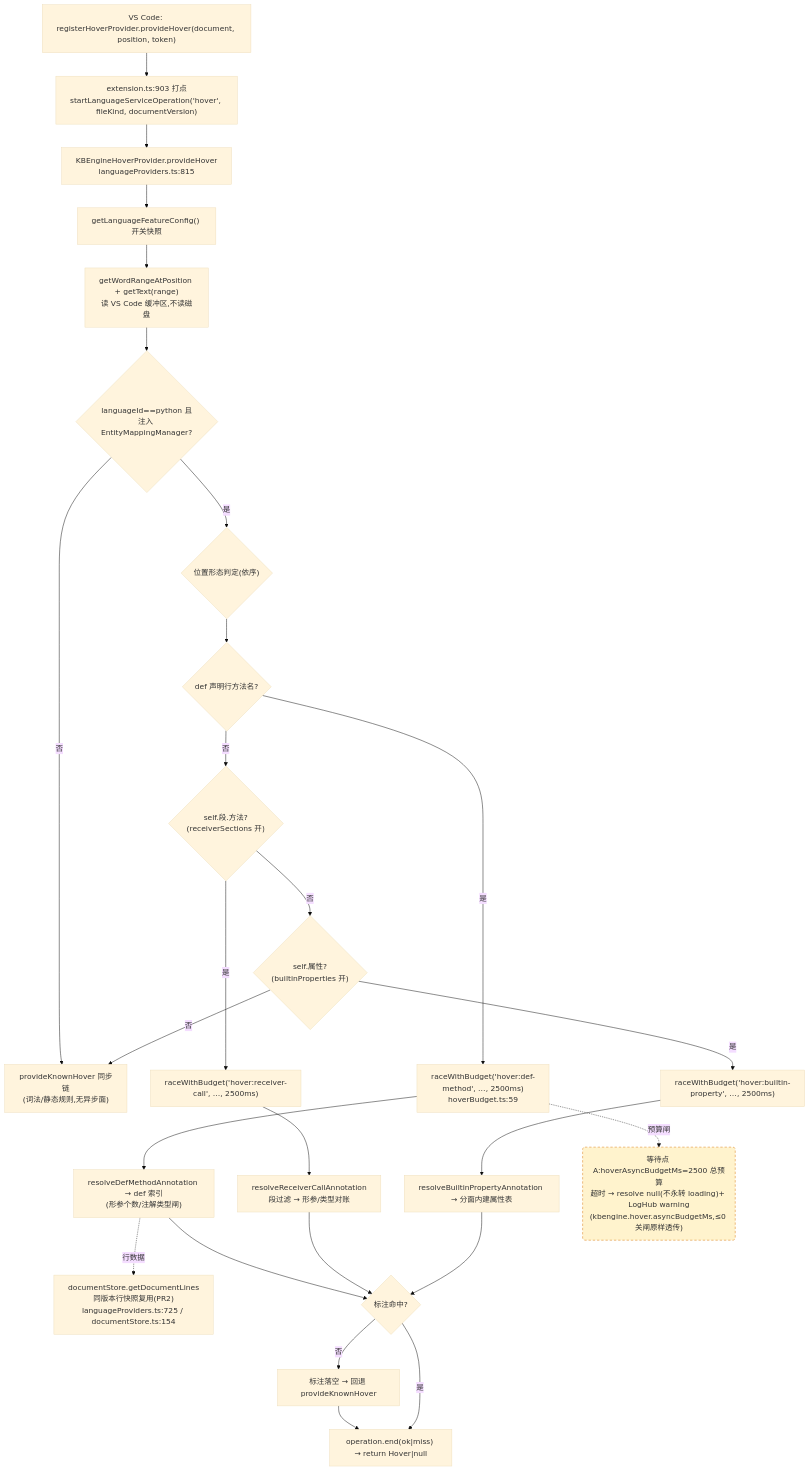
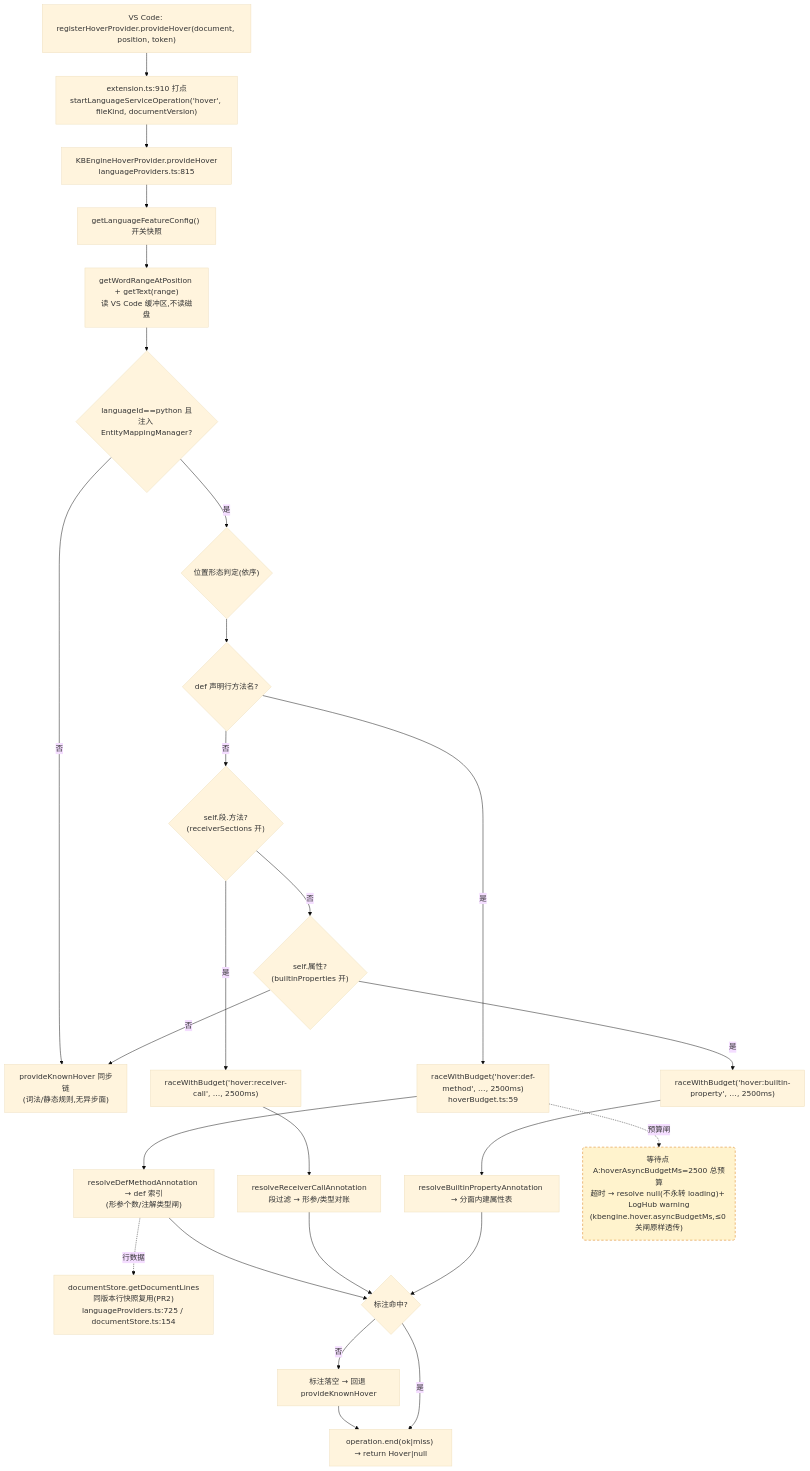
Before and after one commit to cuihairu/kode: the first of 4 diagrams in docs/perf/2026-baseline.md, drawn with Mermaid (base theme). The commit also changed other lines of this file and 7 other files, not shown here.

Commit message:
perf: cache flow analysis parse by document version

````diff
--- a/docs/perf/2026-baseline.md
+++ b/docs/perf/2026-baseline.md
@@ -82,45 +82,45 @@
 ```mermaid
 flowchart TD
   VC1["VS Code: registerHoverProvider.provideHover(document, position, token)"]
-  M1["extension.ts:903 打点<br/>startLanguageServiceOperation('hover', fileKind, documentVersion)"]
+  M1["extension.ts:910 打点<br/>startLanguageServiceOperation('hover', fileKind, documentVersion)"]
   HP["KBEngineHoverProvider.provideHover<br/>languageProviders.ts:815"]
   CFG["getLanguageFeatureConfig() 开关快照"]
   WORD["getWordRangeAtPosition + getText(range)<br/>读 VS Code 缓冲区,不读磁盘"]
   BR{"languageId==python 且<br/>注入 EntityMappingManager?"}
   KN["provideKnownHover 同步链<br/>(词法/静态规则,无异步面)"]
   POS{"位置形态判定(依序)"}
   D1{"def 声明行方法名?"}
   D2{"self.段.方法?<br/>(receiverSections 开)"}
   D3{"self.属性?<br/>(builtinProperties 开)"}
   RA1["raceWithBudget('hover:def-method', …, 2500ms)<br/>hoverBudget.ts:59"]
   RA2["raceWithBudget('hover:receiver-call', …, 2500ms)"]
   RA3["raceWithBudget('hover:builtin-property', …, 2500ms)"]
   RS1["resolveDefMethodAnnotation → def 索引<br/>(形参个数/注解类型闸)"]
   RS2["resolveReceiverCallAnnotation<br/>段过滤 → 形参/类型对账"]
   RS3["resolveBuiltinPropertyAnnotation → 分面内建属性表"]
   LINES["documentStore.getDocumentLines<br/>同版本行快照复用(PR2)<br/>languageProviders.ts:725 / documentStore.ts:154"]
   MISS["标注落空 → 回退 provideKnownHover"]
   END1["operation.end(ok|miss) → return Hover|null"]
 
   VC1 --> M1 --> HP --> CFG --> WORD --> BR
   BR -- "否" --> KN
   BR -- "是" --> POS --> D1
   D1 -- "是" --> RA1 --> RS1
   D1 -- "否" --> D2
   D2 -- "是" --> RA2 --> RS2
   D2 -- "否" --> D3
   D3 -- "是" --> RA3 --> RS3
   D3 -- "否" --> KN
   RS1 --> HIT{"标注命中?"}
   RS2 --> HIT
   RS3 --> HIT
   RS1 -.->|行数据| LINES
   HIT -- "否" --> MISS --> END1
   HIT -- "是" --> END1
 
   WAITA("等待点 A:hoverAsyncBudgetMs=2500 总预算<br/>超时 → resolve null(不永转 loading)+ LogHub warning<br/>(kbengine.hover.asyncBudgetMs,≤0 关闸原样透传)")
   RA1 -.->|预算闸| WAITA
 
   classDef waitPoint fill:#fff3cd,stroke:#d97706,stroke-dasharray:5 4;
   class WAITA waitPoint;
 ```
````
